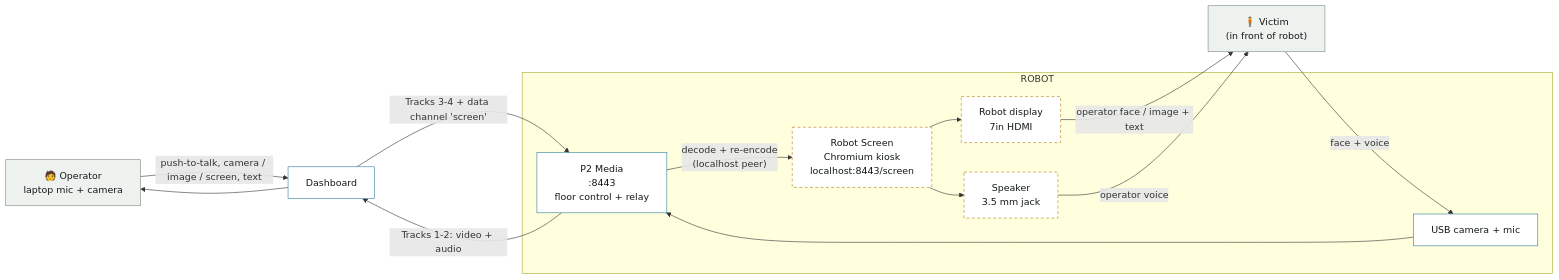
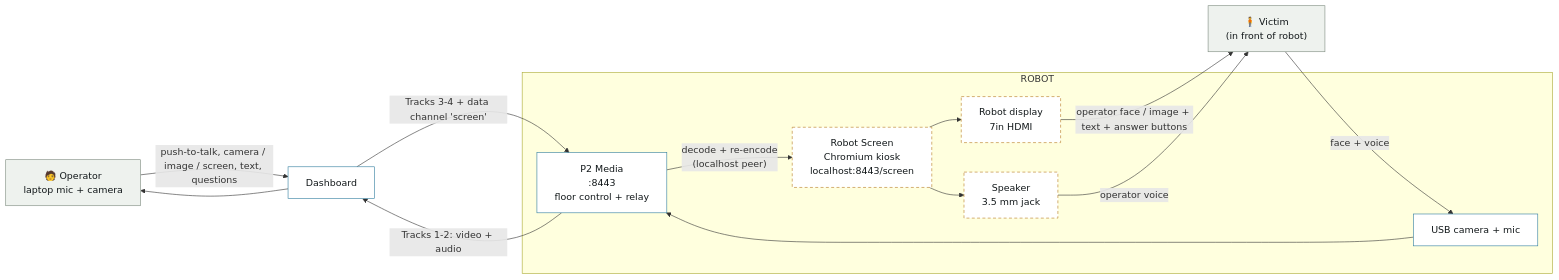
One commit to baiust999/robort-code-from-pi changed diagram 14 of 19 in docs/ARCHITECTURE.md. Above: the diagram before and after it, drawn with Mermaid. The commit also changed other lines of this file and 13 other files, not shown here.

First line of the commit message:
Enhance methodology and experimental setup documentation; add victim-finding aids and tap-to-answer questions features

````diff
--- a/docs/ARCHITECTURE.md
+++ b/docs/ARCHITECTURE.md
@@ -610,30 +613,30 @@
 ```mermaid
 flowchart LR
     operator["🧑 Operator<br/>laptop mic + camera"]
     victim["🧍 Victim<br/>(in front of robot)"]
 
     subgraph robot["ROBOT"]
         cam["USB camera + mic"]
         p2["P2 Media<br/>:8443<br/>floor control + relay"]
         screen["Robot Screen<br/>Chromium kiosk<br/>localhost:8443/screen"]
         disp["Robot display<br/>7in HDMI"]
         spk["Speaker<br/>3.5 mm jack"]
     end
 
     dash["Dashboard"]
 
     victim -- "face + voice" --> cam --> p2
     p2 -- "Tracks 1-2: video + audio" --> dash --> operator
-    operator -- "push-to-talk, camera / image / screen, text" --> dash
+    operator -- "push-to-talk, camera / image / screen, text, questions" --> dash
     dash -- "Tracks 3-4 + data channel 'screen'" --> p2
     p2 -- "decode + re-encode<br/>(localhost peer)" --> screen
-    screen --> disp -- "operator face / image + text" --> victim
+    screen --> disp -- "operator face / image + text + answer buttons" --> victim
     screen --> spk -- "operator voice" --> victim
 
     classDef added fill:#fff,stroke:#B7791F,stroke-dasharray:5 4,color:#12181A;
     classDef core fill:#fff,stroke:#2F7C9E,color:#12181A;
     classDef ext fill:#eef2ee,stroke:#7C8A7E,color:#12181A;
     class screen,disp,spk added;
     class cam,p2,dash core;
     class operator,victim ext;
 ```
````
